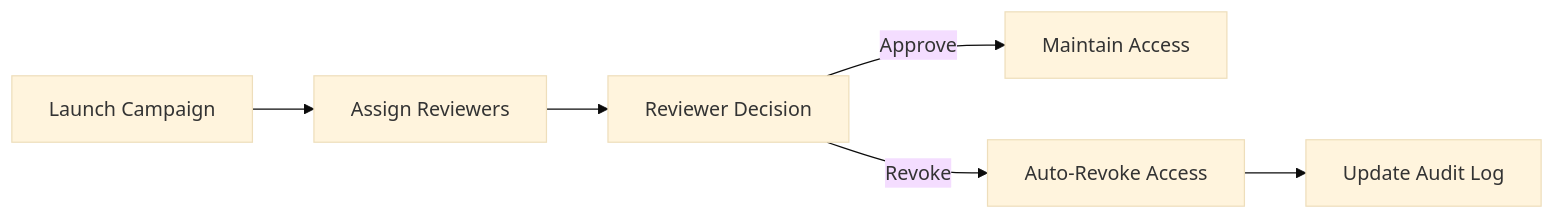
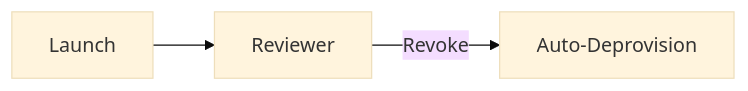
The fifth of 30 diagrams in README.md (Devopstrio/identity-governance-framework), drawn with Mermaid (base theme) before and after one commit. The commit also changed other lines of this file, not shown here.

Commit message:
docs: expand README with 30+ architectural diagrams

````diff
--- a/README.md
+++ b/README.md
@@ -135,8 +57,5 @@
 ```mermaid
 graph LR
-    Start[Launch Campaign] --> Assign[Assign Reviewers]
-    Assign --> Review[Reviewer Decision]
-    Review -->|Approve| Keep[Maintain Access]
-    Review -->|Revoke| Deprovision[Auto-Revoke Access]
-    Deprovision --> Audit[Update Audit Log]
+    Start[Launch] --> Review[Reviewer]
+    Review -->|Revoke| Auto[Auto-Deprovision]
 ```
````
